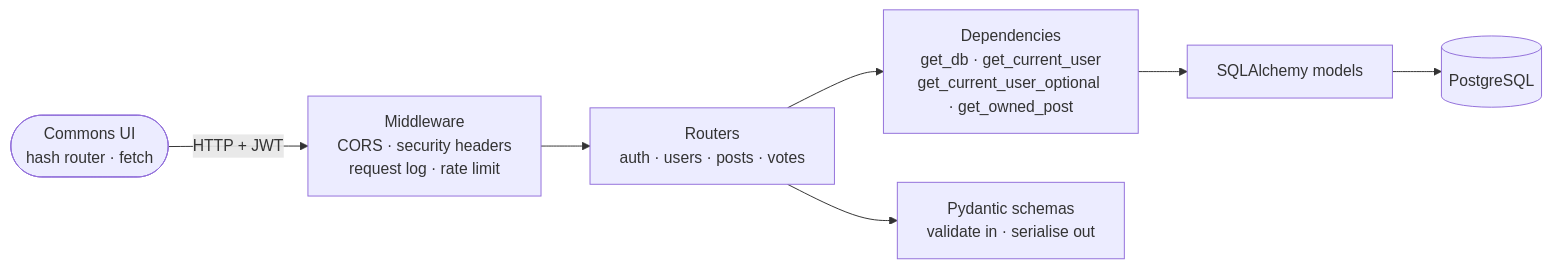
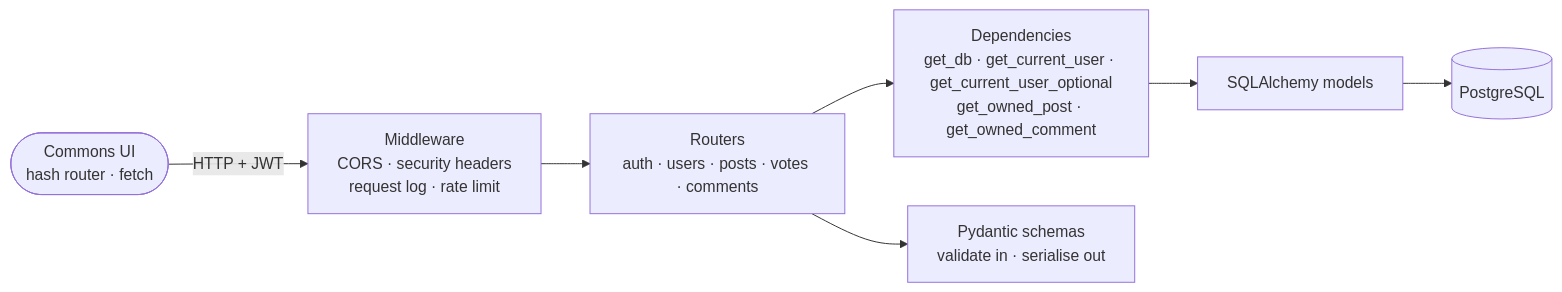
Before and after one commit to AndrewTechTips/social-feed-application: the diagram in README.md, drawn with Mermaid. The commit also changed other lines of this file and 16 other files, not shown here.

Commit message:
feat: add comments feature; implement comment creation, retrieval, and deletion; enhance post detail view with comments section

````diff
--- a/README.md
+++ b/README.md
@@ -125,9 +125,9 @@
 ```mermaid
 flowchart LR
     ui([Commons UI<br/>hash router · fetch]) -->|HTTP + JWT| mw[Middleware<br/>CORS · security headers<br/>request log · rate limit]
-    mw --> routers[Routers<br/>auth · users · posts · votes]
-    routers --> deps[Dependencies<br/>get_db · get_current_user<br/>get_current_user_optional · get_owned_post]
+    mw --> routers[Routers<br/>auth · users · posts · votes · comments]
+    routers --> deps[Dependencies<br/>get_db · get_current_user · get_current_user_optional<br/>get_owned_post · get_owned_comment]
     deps --> orm[SQLAlchemy models]
     orm --> db[(PostgreSQL)]
     routers --> schemas[Pydantic schemas<br/>validate in · serialise out]
 ```
````
